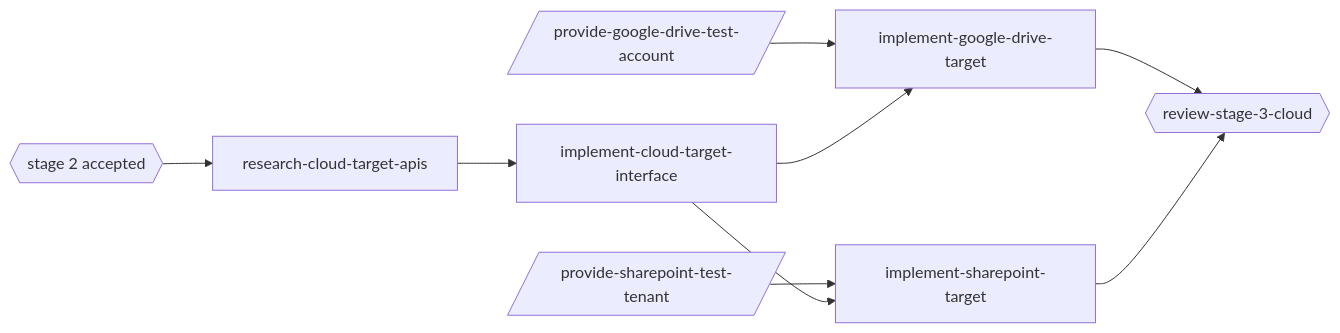
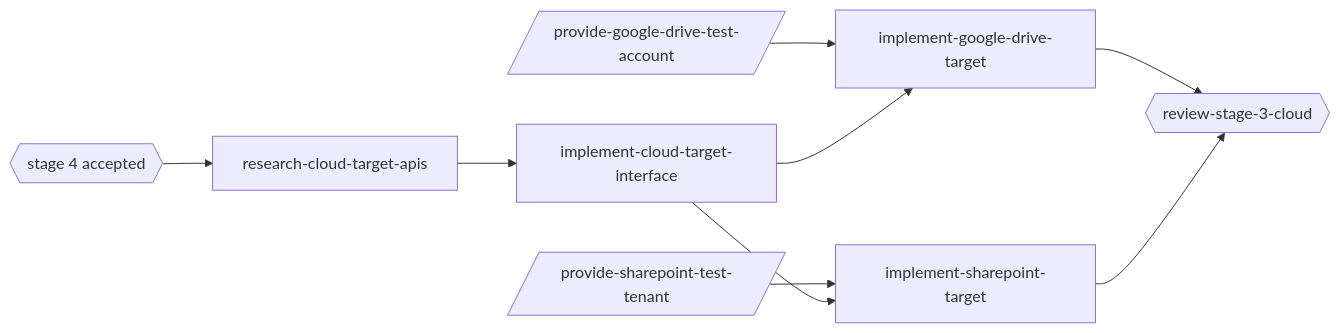
The diagram in docs/openspec/stage-3-cloud/README.md (volod/arxiv-go), drawn with Mermaid before and after one commit. The commit also changed other lines of this file and 18 other files, not shown here.

````diff
--- a/docs/openspec/stage-3-cloud/README.md
+++ b/docs/openspec/stage-3-cloud/README.md
@@ -23,11 +28,11 @@
 ```mermaid
 flowchart LR
-    S2{{stage 2 accepted}} --> R[research-cloud-target-apis]
+    S4{{stage 4 accepted}} --> R[research-cloud-target-apis]
     R --> I[implement-cloud-target-interface]
     H1[/provide-google-drive-test-account/] --> G[implement-google-drive-target]
     H2[/provide-sharepoint-test-tenant/] --> SP[implement-sharepoint-target]
     I --> G
     I --> SP
     G --> CP{{review-stage-3-cloud}}
     SP --> CP
 ```
````
